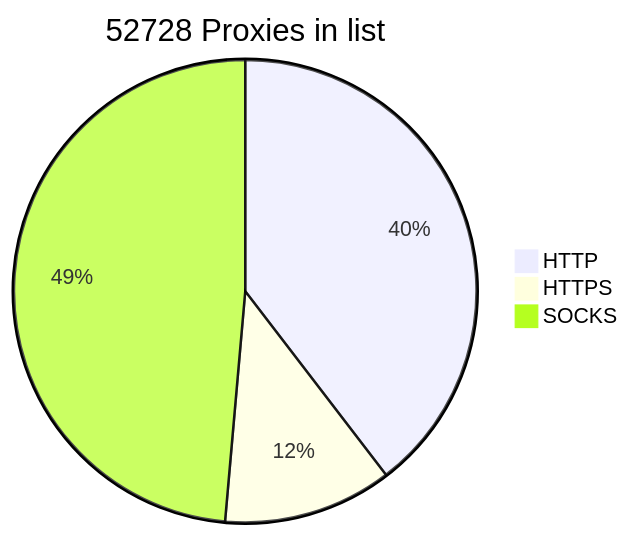
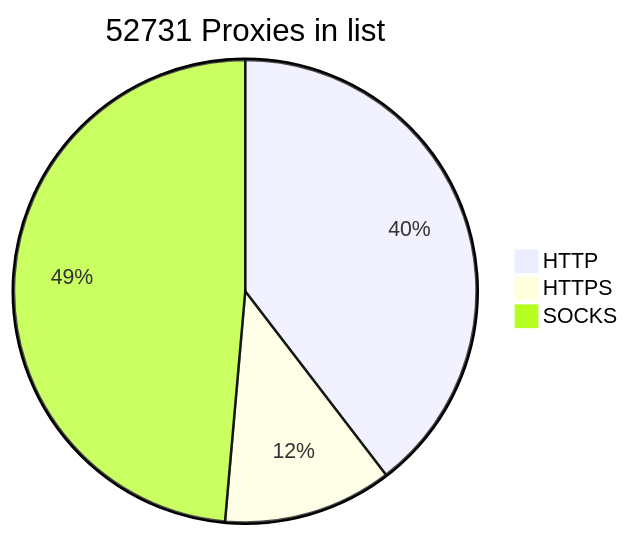
One commit to BlackSnowDot/proxylist-update-every-minute changed the diagram in README.md. Above: the diagram before and after it, drawn with Mermaid. The commit also changed other lines of this file, not shown here.

````diff
--- a/README.md
+++ b/README.md
@@ -2,6 +2,6 @@
 ```mermaid
-pie title 52728 Proxies in list
-    "HTTP" : 23275
-    "HTTPS": 6940
+pie title 52731 Proxies in list
+    "HTTP" : 23276
+    "HTTPS": 6942
     "SOCKS" : 28577
 ```
````
